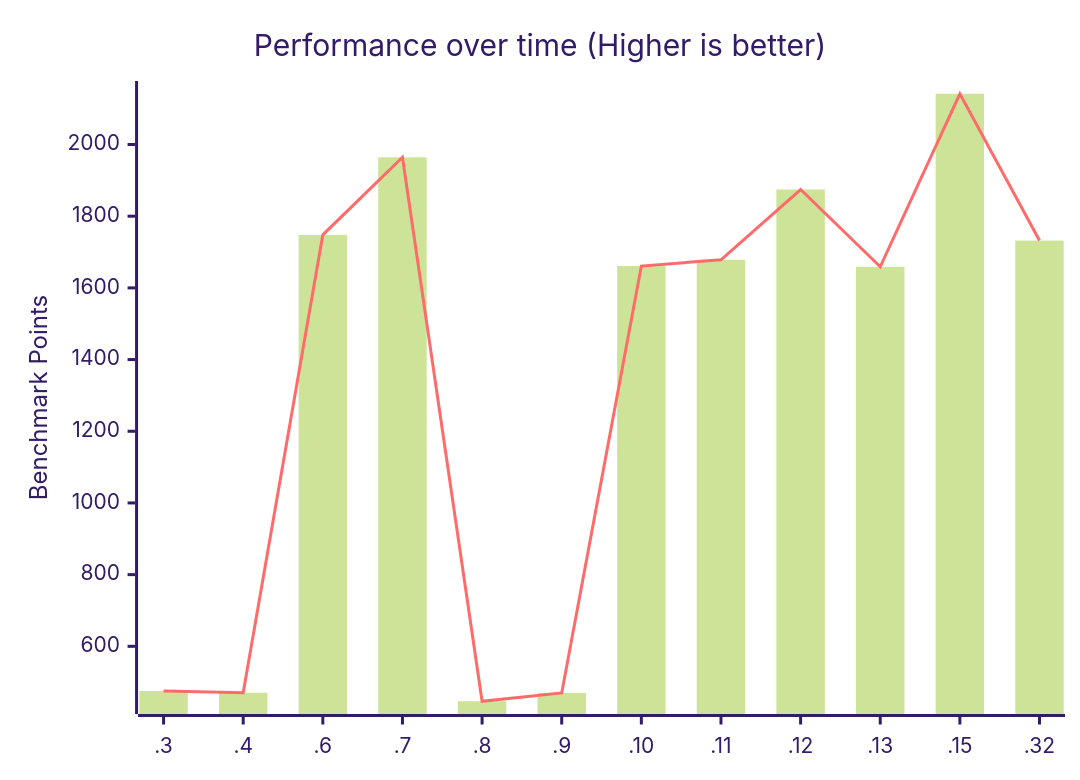
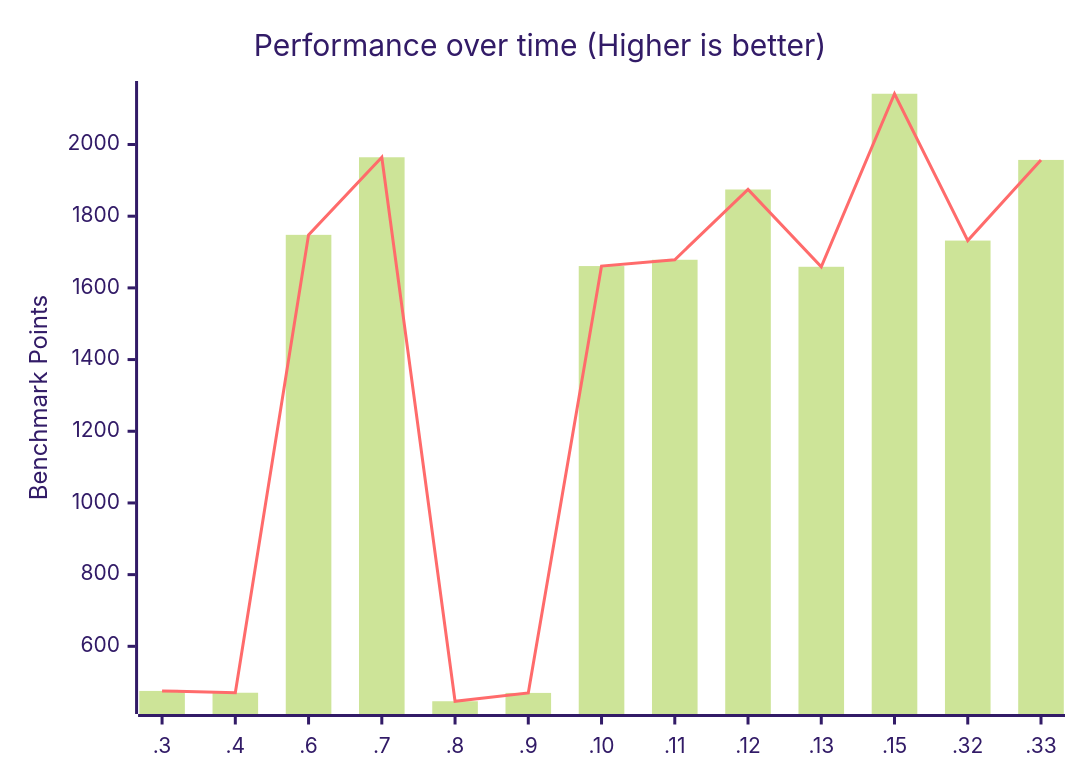
Before and after one commit to zen-browser/docs: the diagram in content/benchmarks.md, drawn with Mermaid (forest theme). The commit also changed other lines of this file, not shown here.

````diff
--- a/content/benchmarks.md
+++ b/content/benchmarks.md
@@ -54,8 +56,8 @@
 ```mermaid
 xychart-beta
     title "Performance over time (Higher is better)"
-    x-axis [.3, .4, .6, .7, .8, .9, .10, .11, .12, .13, .15, .32]
+    x-axis [.3, .4, .6, .7, .8, .9, .10, .11, .12, .13, .15, .32, .33]
     y-axis "Benchmark Points"
-    bar [475.52, 470.49, 1747.98, 1964.43, 446.74, 470, 1660.89, 1678.49, 1874.49, 1658.87, 2141.63, 1732]
-    line [475.52, 470.49, 1747.98, 1964.43, 446.74, 470, 1660.89, 1678.49, 1874.49, 1658.87, 2141.63, 1732]
+    bar [475.52, 470.49, 1747.98, 1964.43, 446.74, 470, 1660.89, 1678.49, 1874.49, 1658.87, 2141.63, 1732, 1957]
+    line [475.52, 470.49, 1747.98, 1964.43, 446.74, 470, 1660.89, 1678.49, 1874.49, 1658.87, 2141.63, 1732, 1957]
 ```
````
